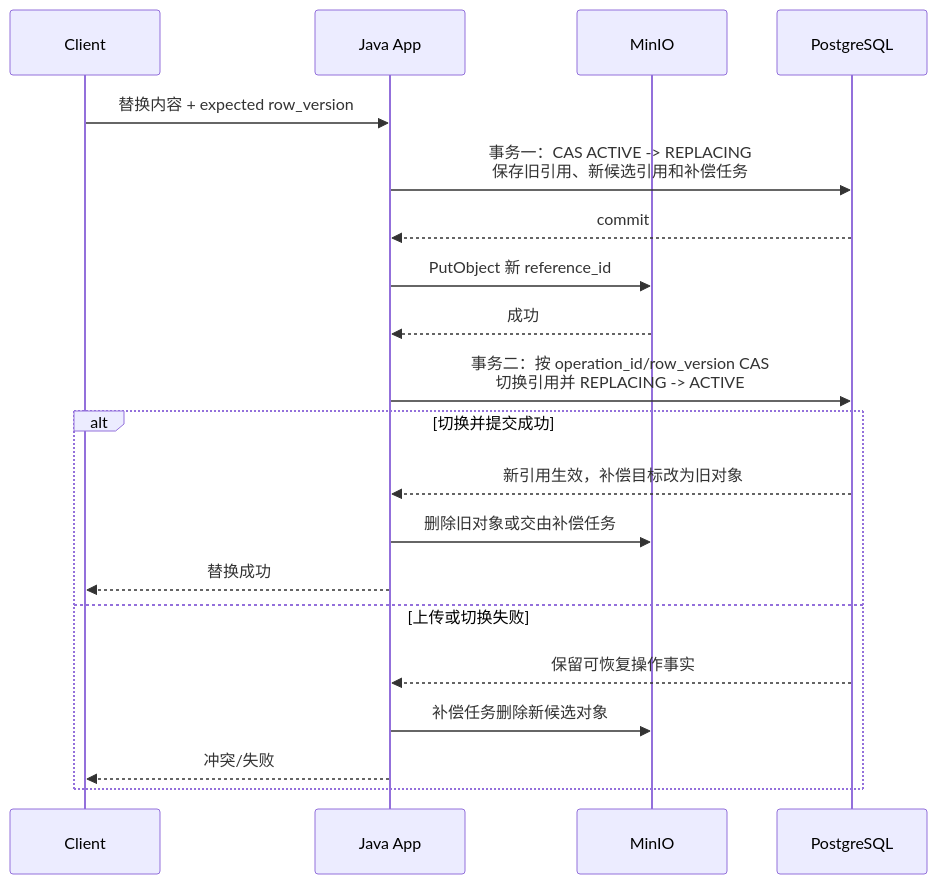
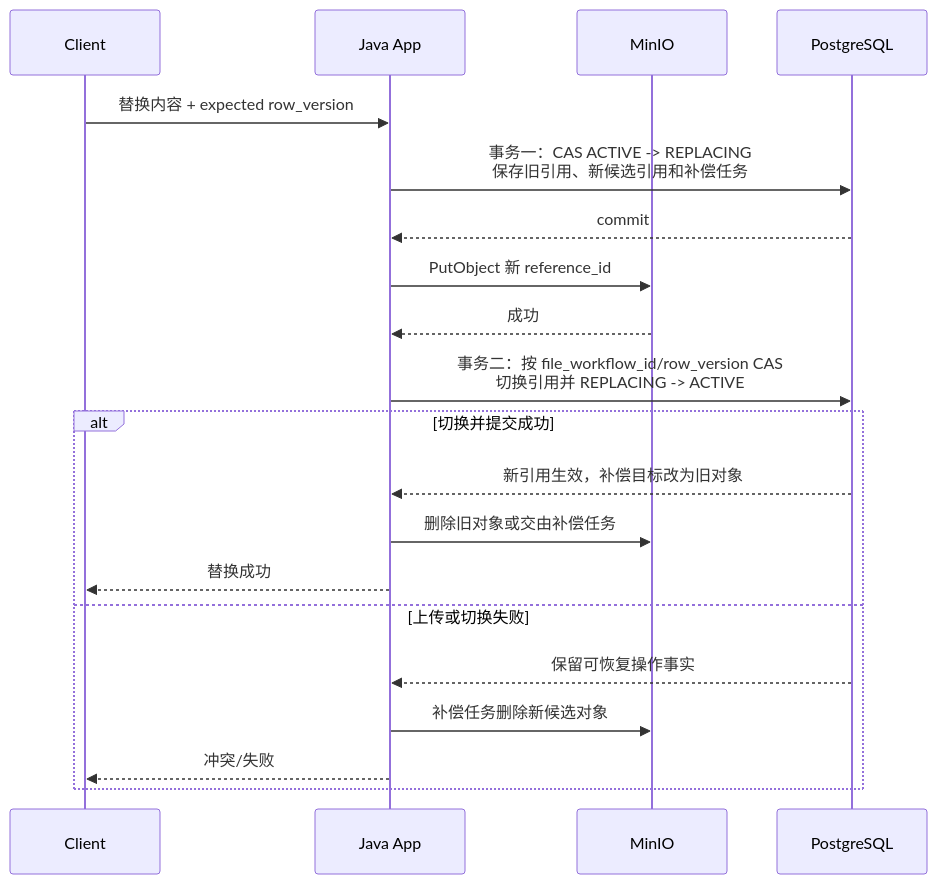
One commit to crudboy008/file-center-service changed the second of 2 diagrams in docs/V0.1.0/adr/ADR-004-PostgreSQL与MinIO一致性策略.md. Above: the diagram before and after it, drawn with Mermaid. The commit also changed other lines of this file and 34 other files, not shown here.

````diff
--- a/docs/V0.1.0/adr/ADR-004-PostgreSQL与MinIO一致性策略.md
+++ b/docs/V0.1.0/adr/ADR-004-PostgreSQL与MinIO一致性策略.md
@@ -114,22 +118,22 @@
 ```mermaid
 sequenceDiagram
     participant C as Client
     participant A as Java App
     participant M as MinIO
     participant P as PostgreSQL
     C->>A: 替换内容 + expected row_version
     A->>P: 事务一：CAS ACTIVE -> REPLACING<br/>保存旧引用、新候选引用和补偿任务
     P-->>A: commit
     A->>M: PutObject 新 reference_id
     M-->>A: 成功
-    A->>P: 事务二：按 operation_id/row_version CAS<br/>切换引用并 REPLACING -> ACTIVE
+    A->>P: 事务二：按 file_workflow_id/row_version CAS<br/>切换引用并 REPLACING -> ACTIVE
     alt 切换并提交成功
         P-->>A: 新引用生效，补偿目标改为旧对象
         A->>M: 删除旧对象或交由补偿任务
         A-->>C: 替换成功
     else 上传或切换失败
         P-->>A: 保留可恢复操作事实
         A->>M: 补偿任务删除新候选对象
         A-->>C: 冲突/失败
     end
 ```
````
